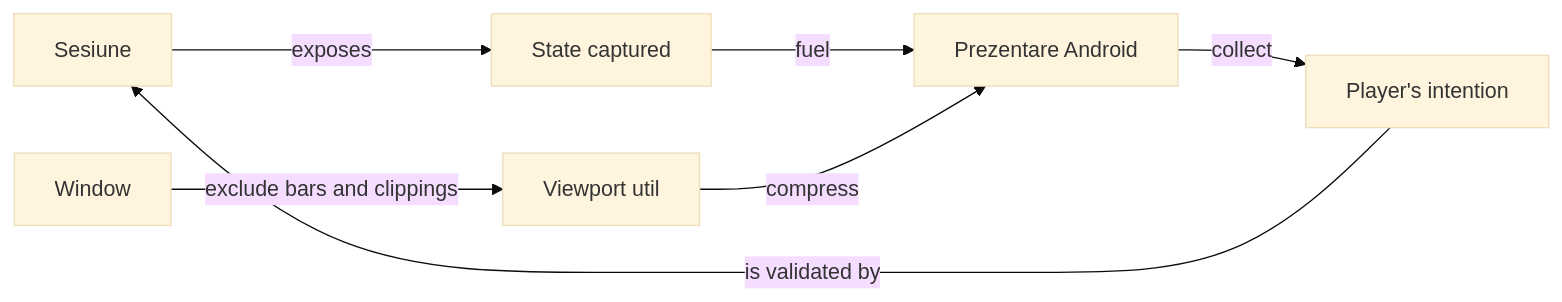
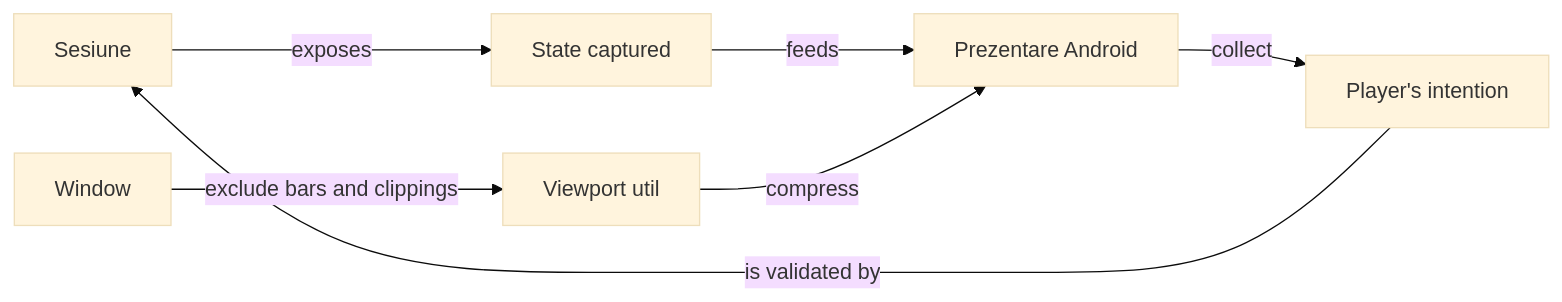
Before and after one commit to crististefanita/atf_j4: the first of 4 diagrams in whist-lab-app/app/src/main/java/ro/whistlab/app/README.md, drawn with Mermaid (base theme). The commit also changed other lines of this file and 84 other files, not shown here.

````diff
--- a/whist-lab-app/app/src/main/java/ro/whistlab/app/README.md
+++ b/whist-lab-app/app/src/main/java/ro/whistlab/app/README.md
@@ -17,9 +17,9 @@
 ```mermaid
 flowchart LR
     SESSION[Sesiune] -->|exposes| STATE[State captured]
-    STATE -->|fuel| UI[Prezentare Android]
+    STATE -->|feeds| UI[Prezentare Android]
     UI -->|collect| INTENT[Player's intention]
     INTENT -->|is validated by| SESSION
     WINDOW[Window] -->|exclude bars and clippings| SPACE[Viewport util]
     SPACE -->|compress| UI
 ```
````
